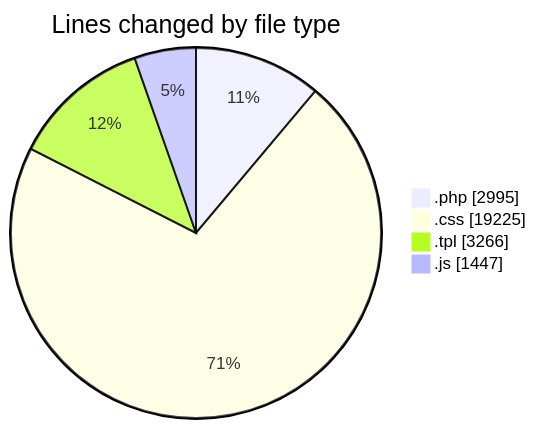
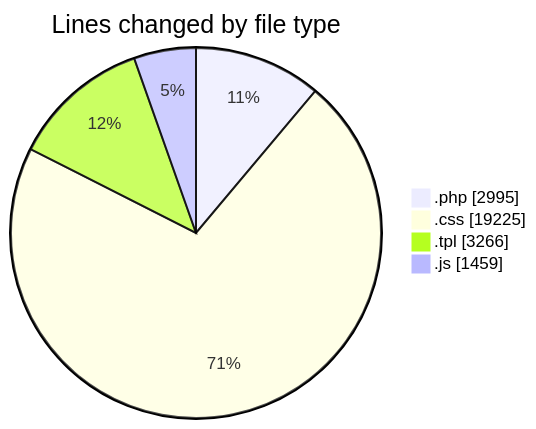
The first of 2 diagrams in 2025-03-23/zeytoon/README.md (vahidmafi/code-tracking), drawn with Mermaid before and after one commit. The commit also changed other lines of this file and 1 other file, not shown here.

````diff
--- a/2025-03-23/zeytoon/README.md
+++ b/2025-03-23/zeytoon/README.md
@@ -30,8 +30,8 @@
 ```mermaid
 pie showData
 title Lines changed by file type
 ".php" : 2995
 ".css" : 19225
 ".tpl" : 3266
-".js" : 1447
+".js" : 1459
 ```
````
